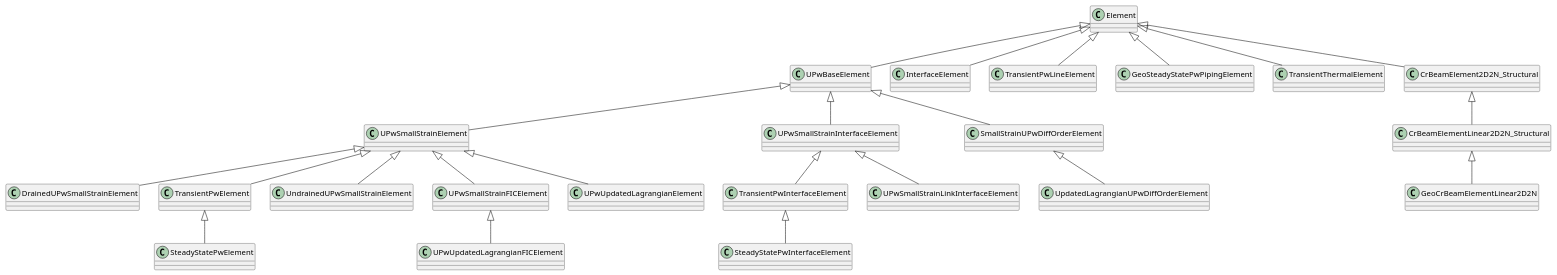
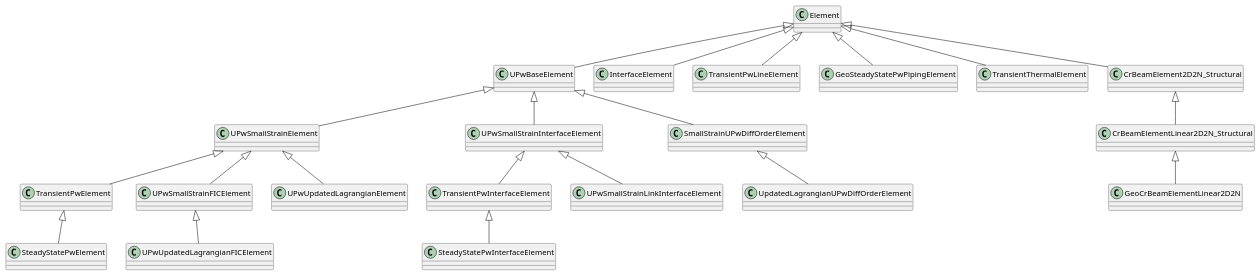
The diagram in applications/GeoMechanicsApplication/custom_elements/element_hierarchy.puml (KratosMultiphysics/Kratos), drawn with PlantUML before and after one commit. The commit also changed 7 other files, not shown here.

First line of the commit message:
Geo/remove drained undrained elements (#13830)

```diff
--- a/applications/GeoMechanicsApplication/custom_elements/element_hierarchy.puml
+++ b/applications/GeoMechanicsApplication/custom_elements/element_hierarchy.puml
@@ -1,72 +1,68 @@
 @startuml
 'https://plantuml.com/class-diagram
 
 class Element
 
 'UPW
 class UPwBaseElement
 
 class UPwSmallStrainElement
-class DrainedUPwSmallStrainElement
 class TransientPwElement
 class SteadyStatePwElement
-class UndrainedUPwSmallStrainElement
 class UPwSmallStrainFICElement
 class UPwUpdatedLagrangianFICElement
 class UPwUpdatedLagrangianElement
 
 class UPwSmallStrainInterfaceElement
 class TransientPwInterfaceElement
 class SteadyStatePwInterfaceElement
 class UPwSmallStrainLinkInterfaceElement
 
 Element <|-- UPwBaseElement
 UPwBaseElement <|-- UPwSmallStrainElement
 
-UPwSmallStrainElement <|-- DrainedUPwSmallStrainElement
 UPwSmallStrainElement <|-- TransientPwElement
 TransientPwElement <|-- SteadyStatePwElement
-UPwSmallStrainElement <|-- UndrainedUPwSmallStrainElement
 UPwSmallStrainElement <|-- UPwSmallStrainFICElement
 UPwSmallStrainFICElement <|-- UPwUpdatedLagrangianFICElement
 UPwSmallStrainElement <|-- UPwUpdatedLagrangianElement
 
 '
 '
 'Diff Order
 class SmallStrainUPwDiffOrderElement
 class UpdatedLagrangianUPwDiffOrderElement
 
 UPwBaseElement <|-- SmallStrainUPwDiffOrderElement
 SmallStrainUPwDiffOrderElement <|-- UpdatedLagrangianUPwDiffOrderElement
 
 UPwBaseElement <|-- UPwSmallStrainInterfaceElement
 UPwSmallStrainInterfaceElement <|-- TransientPwInterfaceElement
 TransientPwInterfaceElement <|-- SteadyStatePwInterfaceElement
 UPwSmallStrainInterfaceElement <|-- UPwSmallStrainLinkInterfaceElement
 
 class InterfaceElement
 Element <|-- InterfaceElement
 
 'Pw Elements
 class TransientPwLineElement
 class GeoSteadyStatePwPipingElement
 
 Element <|-- TransientPwLineElement
 Element <|-- GeoSteadyStatePwPipingElement
 
 ''Thermal
 class TransientThermalElement
 Element <|-- TransientThermalElement
 '
 '
 'Structural
 class CrBeamElement2D2N_Structural
 class CrBeamElementLinear2D2N_Structural
 class GeoCrBeamElementLinear2D2N
 
 Element <|-- CrBeamElement2D2N_Structural
 CrBeamElement2D2N_Structural <|-- CrBeamElementLinear2D2N_Structural
 CrBeamElementLinear2D2N_Structural <|-- GeoCrBeamElementLinear2D2N
 
 @enduml
```
